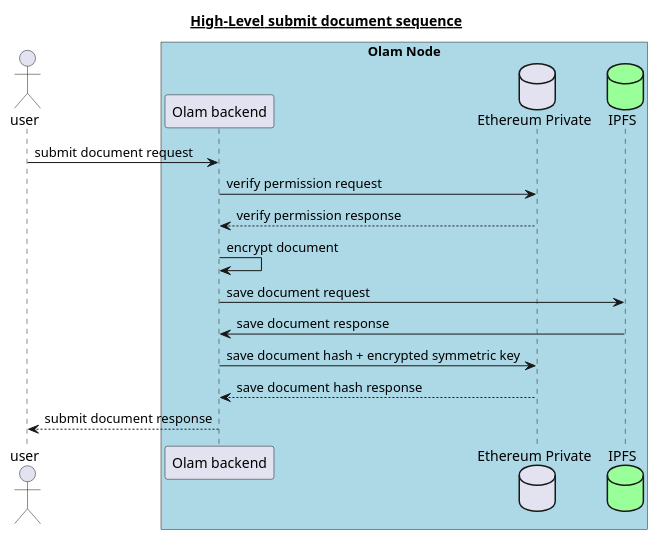
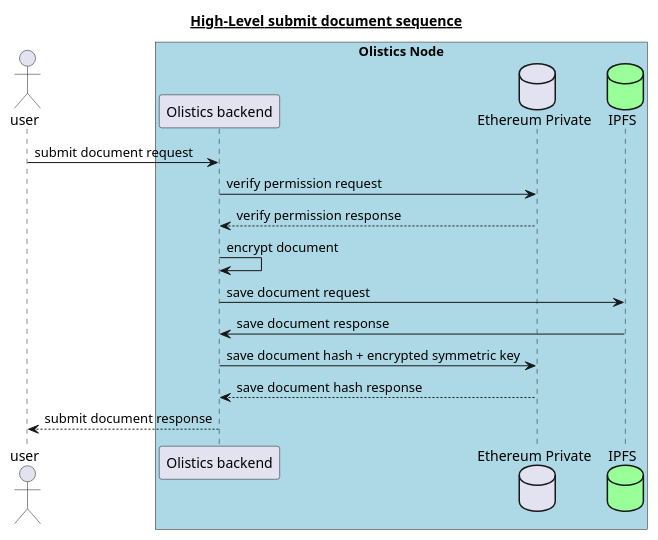
The diagram in diagrams/documents/submit-document-sequence.puml (Olam-Platform/olistics-node), drawn with PlantUML before and after one commit. The commit also changed 72 other files, not shown here.

```diff
--- a/diagrams/documents/submit-document-sequence.puml
+++ b/diagrams/documents/submit-document-sequence.puml
@@ -2,22 +2,22 @@
 @startuml
 
 title __High-Level submit document sequence__
 
 actor user
-box "Olam Node" #LightBlue
-participant "Olam backend"
+box "Olistics Node" #LightBlue
+participant "Olistics backend"
 database "Ethereum Private"
 database "IPFS" #99FF99
 end box
 
-user -> "Olam backend" : submit document request
-"Olam backend" -> "Ethereum Private" : verify permission request
-"Ethereum Private" --> "Olam backend" : verify permission response
-"Olam backend" -> "Olam backend" : encrypt document
-"Olam backend" -> "IPFS" : save document request
-"IPFS" -> "Olam backend" : save document response
-"Olam backend" -> "Ethereum Private" : save document hash + encrypted symmetric key
-"Ethereum Private" --> "Olam backend" : save document hash response
-"Olam backend" --> user : submit document response
+user -> "Olistics backend" : submit document request
+"Olistics backend" -> "Ethereum Private" : verify permission request
+"Ethereum Private" --> "Olistics backend" : verify permission response
+"Olistics backend" -> "Olistics backend" : encrypt document
+"Olistics backend" -> "IPFS" : save document request
+"IPFS" -> "Olistics backend" : save document response
+"Olistics backend" -> "Ethereum Private" : save document hash + encrypted symmetric key
+"Ethereum Private" --> "Olistics backend" : save document hash response
+"Olistics backend" --> user : submit document response
 
 @enduml
```
